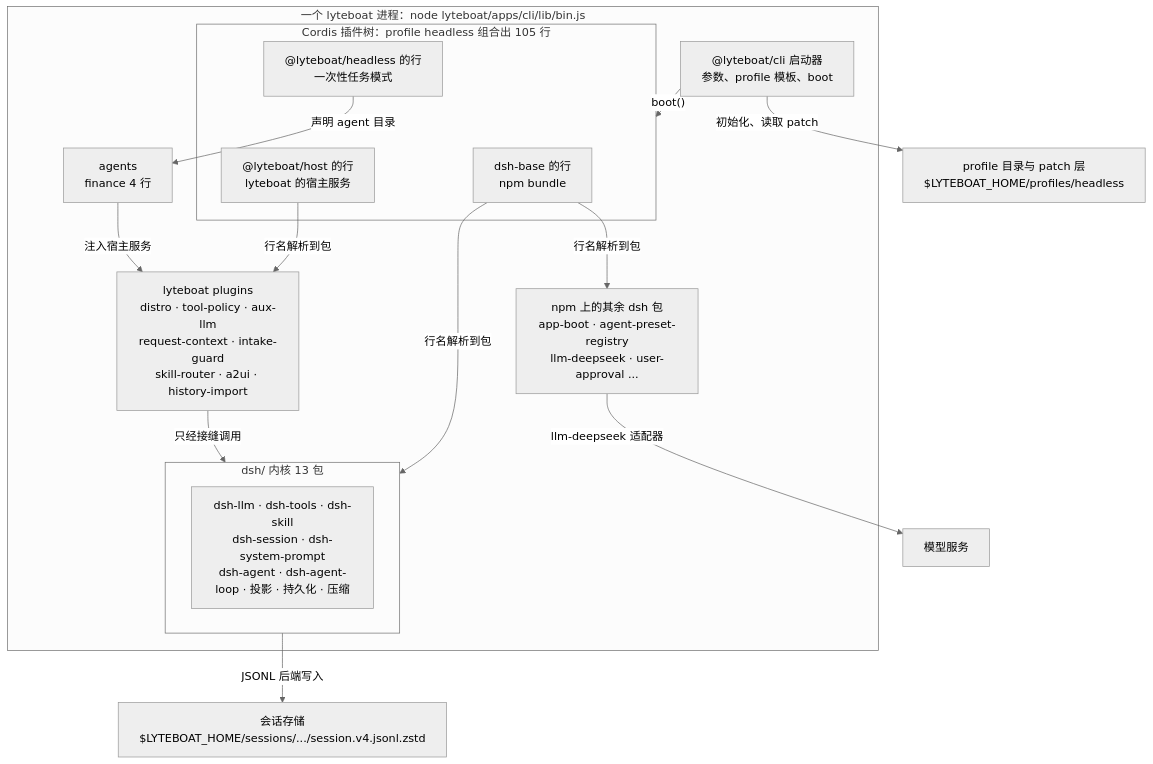
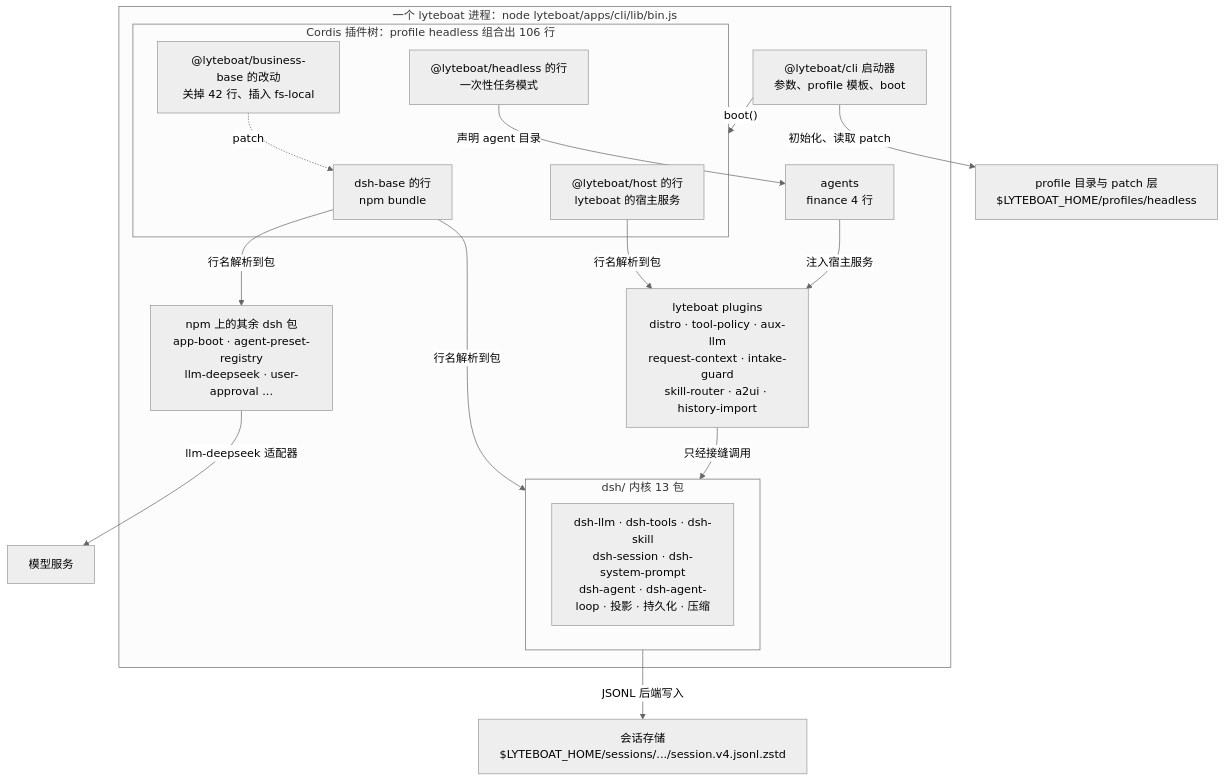
One commit to lyteboat/boat changed the second of 11 diagrams in docs/01-architecture.md. Above: the diagram before and after it, drawn with Mermaid (neutral theme). The commit also changed other lines of this file and 10 other files, not shown here.

````diff
--- a/docs/01-architecture.md
+++ b/docs/01-architecture.md
@@ -105,30 +107,32 @@
 ```mermaid
 flowchart TB
   subgraph PROC["一个 lyteboat 进程：node lyteboat/apps/cli/lib/bin.js"]
     cli["@lyteboat/cli 启动器<br/>参数、profile 模板、boot"]
-    subgraph TREE["Cordis 插件树：profile headless 组合出 105 行"]
+    subgraph TREE["Cordis 插件树：profile headless 组合出 106 行"]
       base["dsh-base 的行<br/>npm bundle"]
       host["@lyteboat/host 的行<br/>lyteboat 的宿主服务"]
+      bbase["@lyteboat/business-base 的改动<br/>关掉 42 行、插入 fs-local"]
       runb["@lyteboat/headless 的行<br/>一次性任务模式"]
     end
     subgraph KERNEL["dsh/ 内核 13 包"]
       kpk["dsh-llm · dsh-tools · dsh-skill<br/>dsh-session · dsh-system-prompt<br/>dsh-agent · dsh-agent-loop · 投影 · 持久化 · 压缩"]
     end
     npmpk["npm 上的其余 dsh 包<br/>app-boot · agent-preset-registry<br/>llm-deepseek · user-approval ..."]
     plugins["lyteboat plugins<br/>distro · tool-policy · aux-llm<br/>request-context · intake-guard<br/>skill-router · a2ui · history-import"]
     agents["agents<br/>finance 4 行"]
   end
   prof["profile 目录与 patch 层<br/>$LYTEBOAT_HOME/profiles/headless"]
   store["会话存储<br/>$LYTEBOAT_HOME/sessions/.../session.v4.jsonl.zstd"]
   model["模型服务"]
   cli -->|"初始化、读取 patch"| prof
   cli -->|"boot()"| TREE
+  bbase -.->|"patch"| base
   base -->|"行名解析到包"| KERNEL
   base -->|"行名解析到包"| npmpk
   host -->|"行名解析到包"| plugins
   runb -->|"声明 agent 目录"| agents
   agents -->|"注入宿主服务"| plugins
   plugins -->|"只经接缝调用"| KERNEL
   KERNEL -->|"JSONL 后端写入"| store
   npmpk -->|"llm-deepseek 适配器"| model
 ```
````
